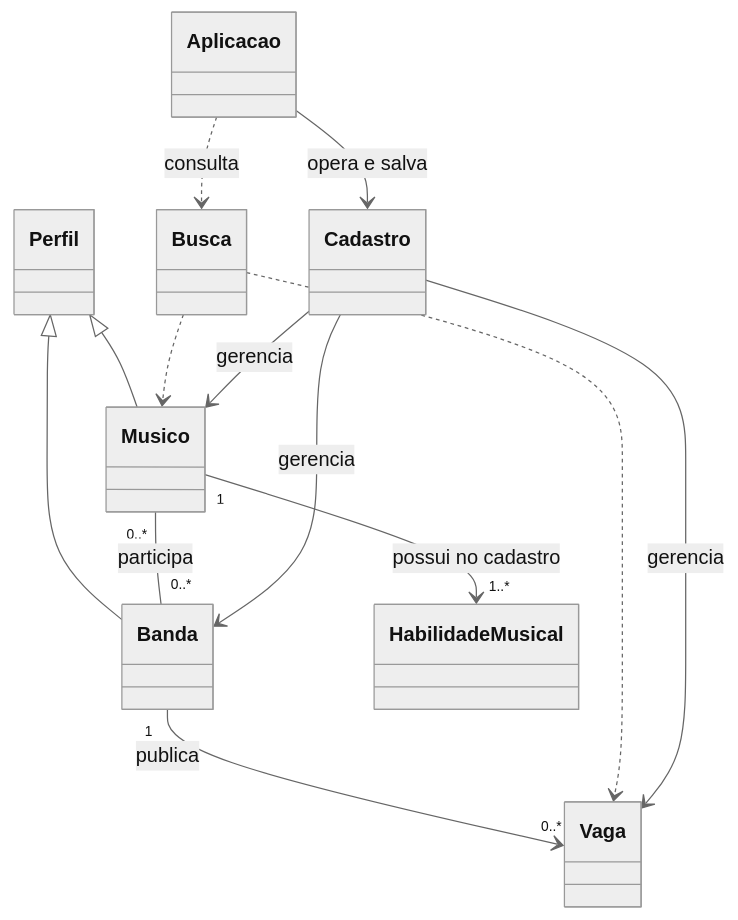
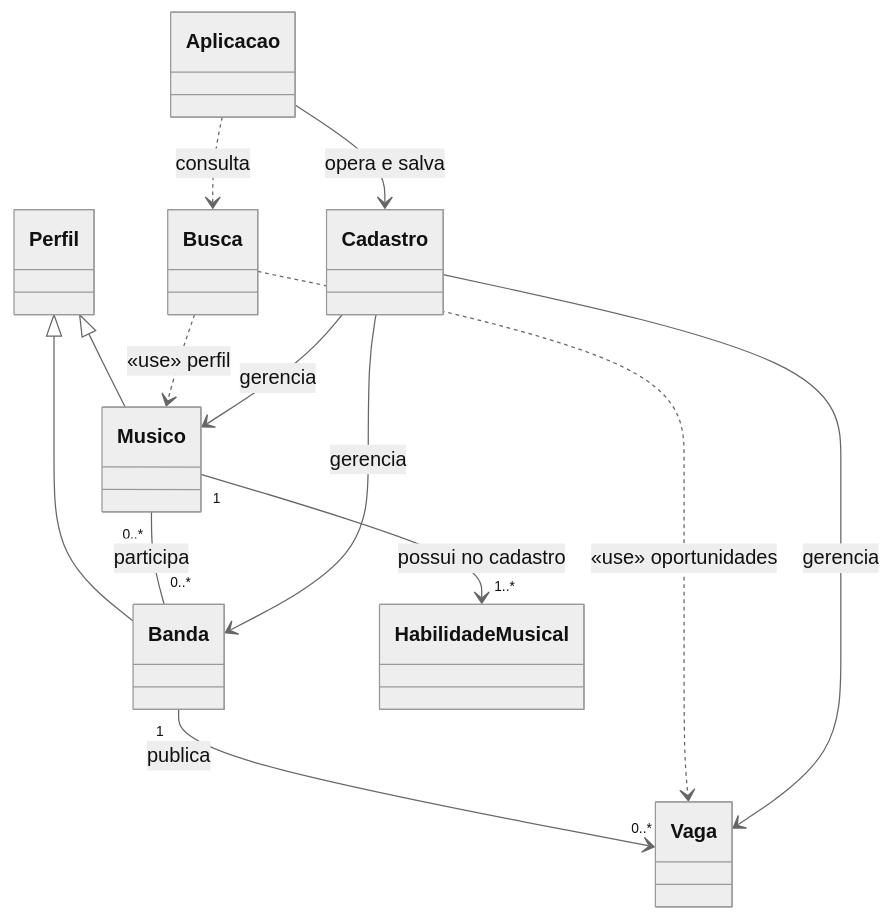
One commit to IagoBoettge/Timbre changed the diagram in README (1).md. Above: the diagram before and after it, drawn with Mermaid (neutral theme). The commit also changed other lines of this file and 27 other files, not shown here.

````diff
--- a/README (1).md
+++ b/README (1).md
@@ -48,15 +101,15 @@
 ```mermaid
 classDiagram
     Perfil <|-- Musico
     Perfil <|-- Banda
     Musico "1" --> "1..*" HabilidadeMusical : possui no cadastro
     Musico "0..*" -- "0..*" Banda : participa
     Banda "1" --> "0..*" Vaga : publica
-    Busca ..> Musico
-    Busca ..> Vaga
+    Busca ..> Musico : «use» perfil
+    Busca ..> Vaga : «use» oportunidades
     Cadastro --> Musico : gerencia
     Cadastro --> Banda : gerencia
     Cadastro --> Vaga : gerencia
     Aplicacao --> Cadastro : opera e salva
     Aplicacao ..> Busca : consulta
 ```
````
